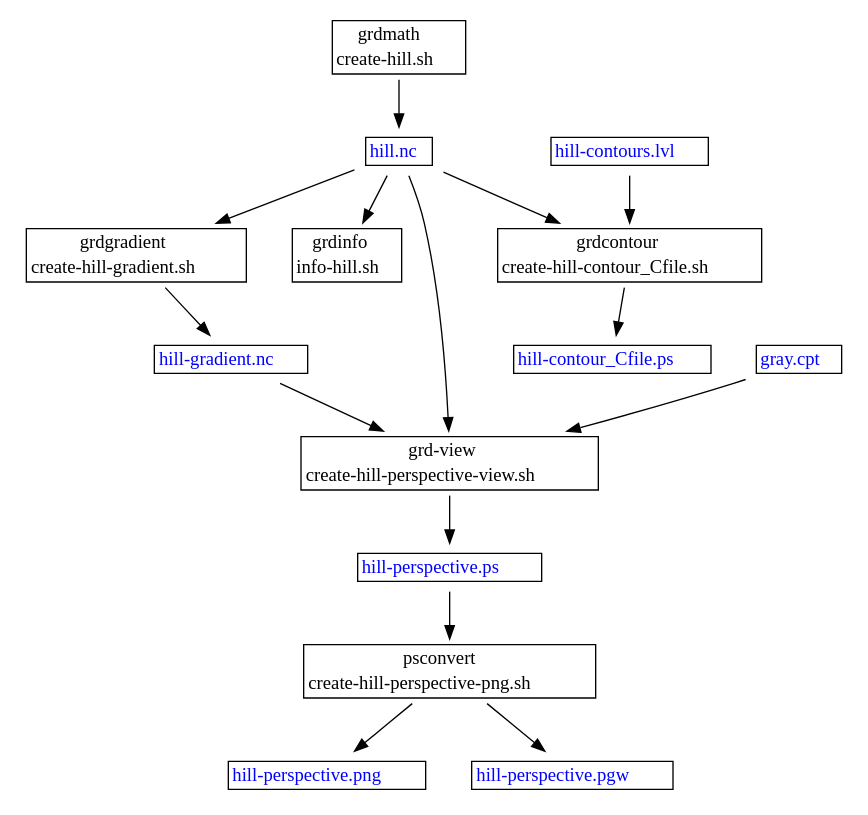
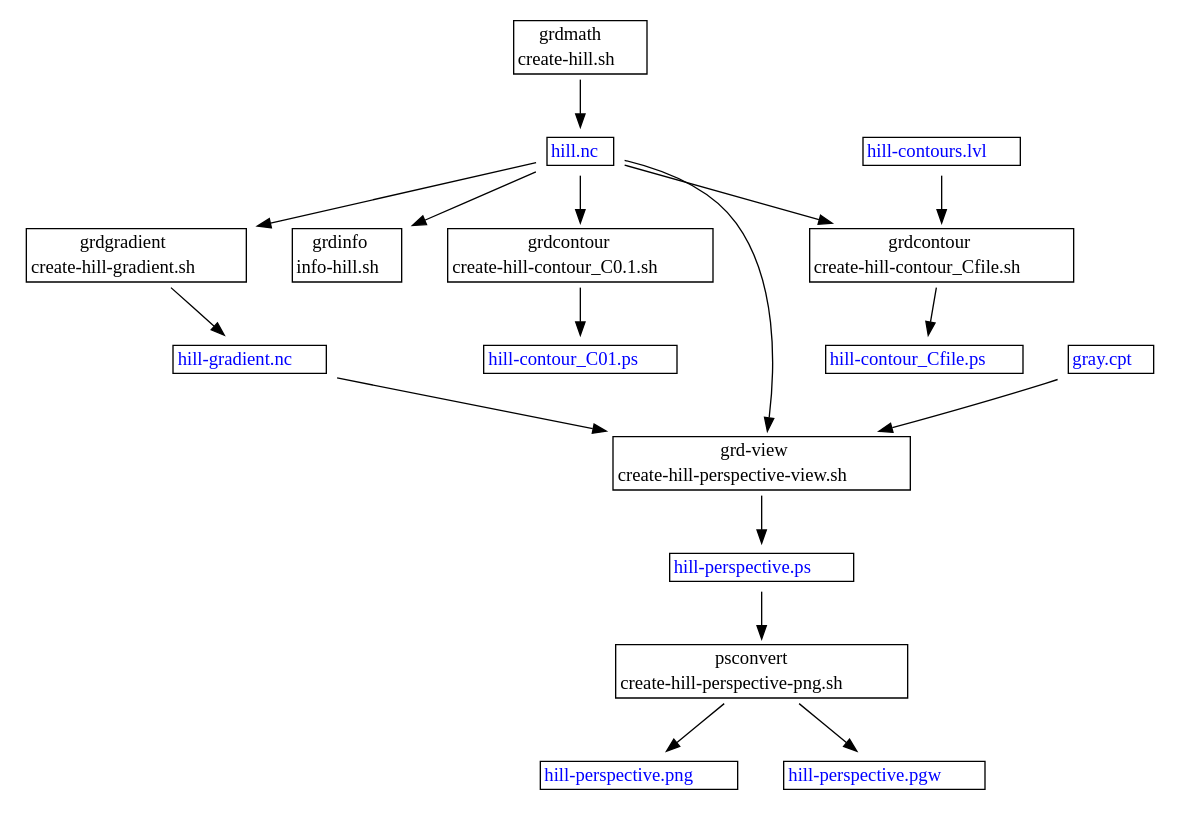
One commit to ReneNyffenegger/about-GMT changed the diagram in programs/calling-sequence.dot. Above: the diagram before and after it, drawn with Graphviz. The commit also changed 3 other files, not shown here.

Commit message:
+ create-hill-contour_C0.1.sh

```diff
--- a/programs/calling-sequence.dot
+++ b/programs/calling-sequence.dot
@@ -1,134 +1,152 @@
 digraph R {
 
   node [shape=plaintext];
 
   grdmath_create_hill_sh [
     label=<
       <table border="1" cellborder="0" cellspacing="0">
            <tr><td>grdmath</td></tr>
            <tr><td>create-hill.sh</td></tr>
       </table>
     >];
 
   hill_nc [
     label=<
       <table border="1" cellborder="0" cellspacing="0">
            <tr><td><font color="#0000ff">hill.nc</font></td></tr>
       </table>
     >];
 
  grdinfo_info_hill [
  label=<
       <table border="1" cellborder="0" cellspacing="0">
            <tr><td>grdinfo</td></tr>
            <tr><td>info-hill.sh</td></tr>
       </table>
     >
   ];
 
   grdgradient_create_hill_gradient [
     label=<
       <table border="1" cellborder="0" cellspacing="0">
            <tr><td>grdgradient</td></tr>
            <tr><td>create-hill-gradient.sh</td></tr>
       </table>
     >];
 
   gray_cpt [
     label=<
       <table border="1" cellborder="0" cellspacing="0">
            <tr><td><font color="#0000ff">gray.cpt</font></td></tr>
       </table>
     >];
 
   hill_gradient_nc [
     label=<
       <table border="1" cellborder="0" cellspacing="0">
            <tr><td><font color="#0000ff">hill-gradient.nc</font></td></tr>
       </table>
     >];
 
   hill_contours_lvl [
     label=<
       <table border="1" cellborder="0" cellspacing="0">
            <tr><td><font color="#0000ff">hill-contours.lvl</font></td></tr>
       </table>
     >];
 
   grdcontour_create_hill_contour_Cfile_sh [
     label=<
       <table border="1" cellborder="0" cellspacing="0">
            <tr><td>grdcontour</td></tr>
            <tr><td>create-hill-contour_Cfile.sh</td></tr>
       </table>
     >];
 
+  grdcontour_create_hill_contour_C01 [
+    label=<
+      <table border="1" cellborder="0" cellspacing="0">
+           <tr><td>grdcontour</td></tr>
+           <tr><td>create-hill-contour_C0.1.sh</td></tr>
+      </table>
+    >];
+
   hill_contour_Cfile_ps [
     label=<
       <table border="1" cellborder="0" cellspacing="0">
            <tr><td><font color="#0000ff">hill-contour_Cfile.ps</font></td></tr>
+      </table>
+    >];
+
+  hill_contour_C01_ps [
+    label=<
+      <table border="1" cellborder="0" cellspacing="0">
+           <tr><td><font color="#0000ff">hill-contour_C01.ps</font></td></tr>
       </table>
     >];
 
 
   grdview_create_hill_perspective_view [
     label=<
       <table border="1" cellborder="0" cellspacing="0">
            <tr><td>grd-view</td></tr>
            <tr><td>create-hill-perspective-view.sh</td></tr>
       </table>
     >];
 
   hill_perspective_ps [
     label=<
       <table border="1" cellborder="0" cellspacing="0">
            <tr><td><font color="#0000ff">hill-perspective.ps</font></td></tr>
       </table>
     >];
 
   psconvert_create_hill_perspective_png [
     label=<
       <table border="1" cellborder="0" cellspacing="0">
            <tr><td>psconvert</td></tr>
            <tr><td>create-hill-perspective-png.sh</td></tr>
       </table>
     >];
 
   hill_perspective_png [
     label=<
       <table border="1" cellborder="0" cellspacing="0">
            <tr><td><font color="#0000ff">hill-perspective.png</font></td></tr>
       </table>
     >];
 
   hill_perspective_pgw [
     label=<
       <table border="1" cellborder="0" cellspacing="0">
            <tr><td><font color="#0000ff">hill-perspective.pgw</font></td></tr>
       </table>
     >];
 
 
   grdmath_create_hill_sh -> hill_nc;
 
   hill_nc -> grdinfo_info_hill;
 
   hill_nc -> grdgradient_create_hill_gradient;
 
   grdgradient_create_hill_gradient -> hill_gradient_nc;
 
   hill_nc           -> grdcontour_create_hill_contour_Cfile_sh;
   hill_contours_lvl -> grdcontour_create_hill_contour_Cfile_sh;
   grdcontour_create_hill_contour_Cfile_sh -> hill_contour_Cfile_ps;
 
+  hill_nc           -> grdcontour_create_hill_contour_C01;
+  grdcontour_create_hill_contour_C01 -> hill_contour_C01_ps;
+
   hill_nc          -> grdview_create_hill_perspective_view;
   hill_gradient_nc -> grdview_create_hill_perspective_view;
   gray_cpt         -> grdview_create_hill_perspective_view;
   grdview_create_hill_perspective_view -> hill_perspective_ps;
 
   hill_perspective_ps -> psconvert_create_hill_perspective_png
   psconvert_create_hill_perspective_png -> hill_perspective_png;
   psconvert_create_hill_perspective_png -> hill_perspective_pgw;
 
 
 }
```
